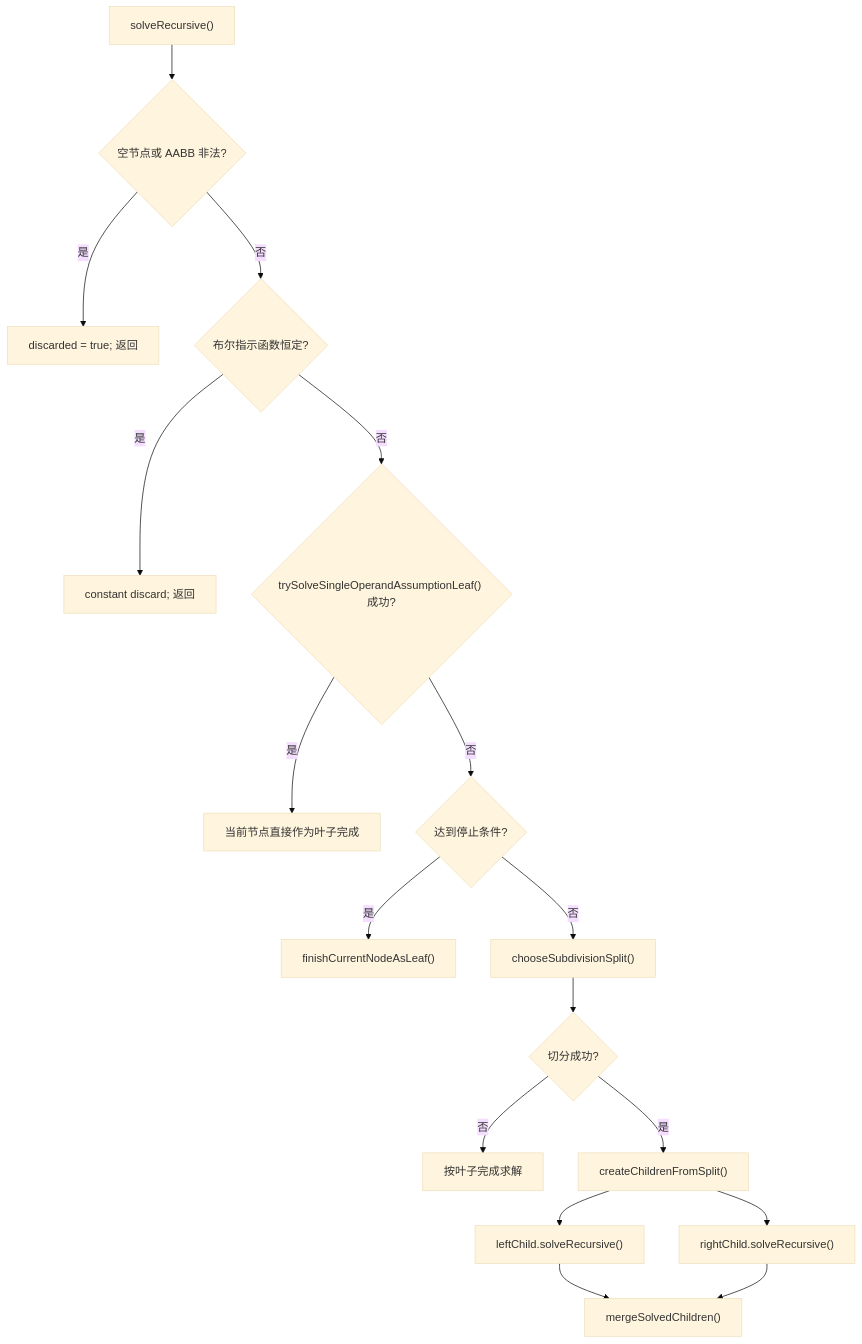
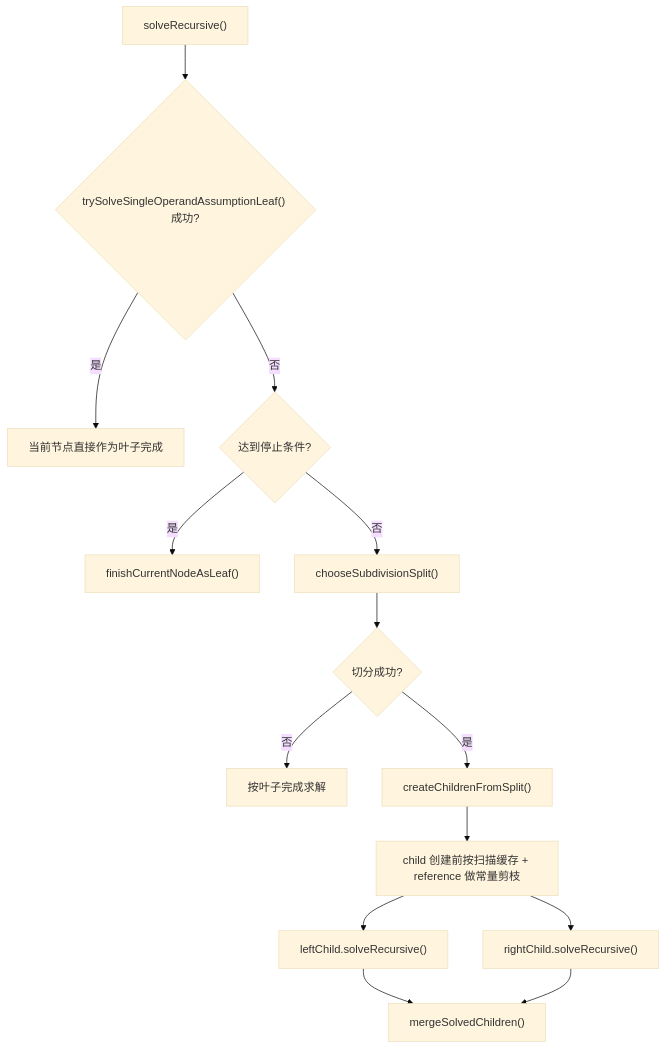
Before and after one commit to SDU-YueQiu/re-EMBER: the fourth of 11 diagrams in docs/core-logic-flow.md, drawn with Mermaid (base theme). The commit also changed other lines of this file and 8 other files, not shown here.

````diff
--- a/docs/core-logic-flow.md
+++ b/docs/core-logic-flow.md
@@ -127,19 +126,16 @@
 ```mermaid
 flowchart TD
-    A["solveRecursive()"] --> B{"空节点或 AABB 非法?"}
-    B -->|是| C["discarded = true; 返回"]
-    B -->|否| D{"布尔指示函数恒定?"}
-    D -->|是| E["constant discard; 返回"]
-    D -->|否| F{"trySolveSingleOperandAssumptionLeaf() 成功?"}
-    F -->|是| G["当前节点直接作为叶子完成"]
-    F -->|否| H{"达到停止条件?"}
-    H -->|是| I["finishCurrentNodeAsLeaf()"]
-    H -->|否| J["chooseSubdivisionSplit()"]
-    J --> K{"切分成功?"}
-    K -->|否| L["按叶子完成求解"]
-    K -->|是| M["createChildrenFromSplit()"]
-    M --> N["leftChild.solveRecursive()"]
-    M --> O["rightChild.solveRecursive()"]
-    N --> P["mergeSolvedChildren()"]
-    O --> P
+    A["solveRecursive()"] --> B{"trySolveSingleOperandAssumptionLeaf() 成功?"}
+    B -->|是| C["当前节点直接作为叶子完成"]
+    B -->|否| D{"达到停止条件?"}
+    D -->|是| E["finishCurrentNodeAsLeaf()"]
+    D -->|否| F["chooseSubdivisionSplit()"]
+    F --> G{"切分成功?"}
+    G -->|否| H["按叶子完成求解"]
+    G -->|是| I["createChildrenFromSplit()"]
+    I --> J["child 创建前按扫描缓存 + reference 做常量剪枝"]
+    J --> K["leftChild.solveRecursive()"]
+    J --> L["rightChild.solveRecursive()"]
+    K --> M["mergeSolvedChildren()"]
+    L --> M
 ```
````
